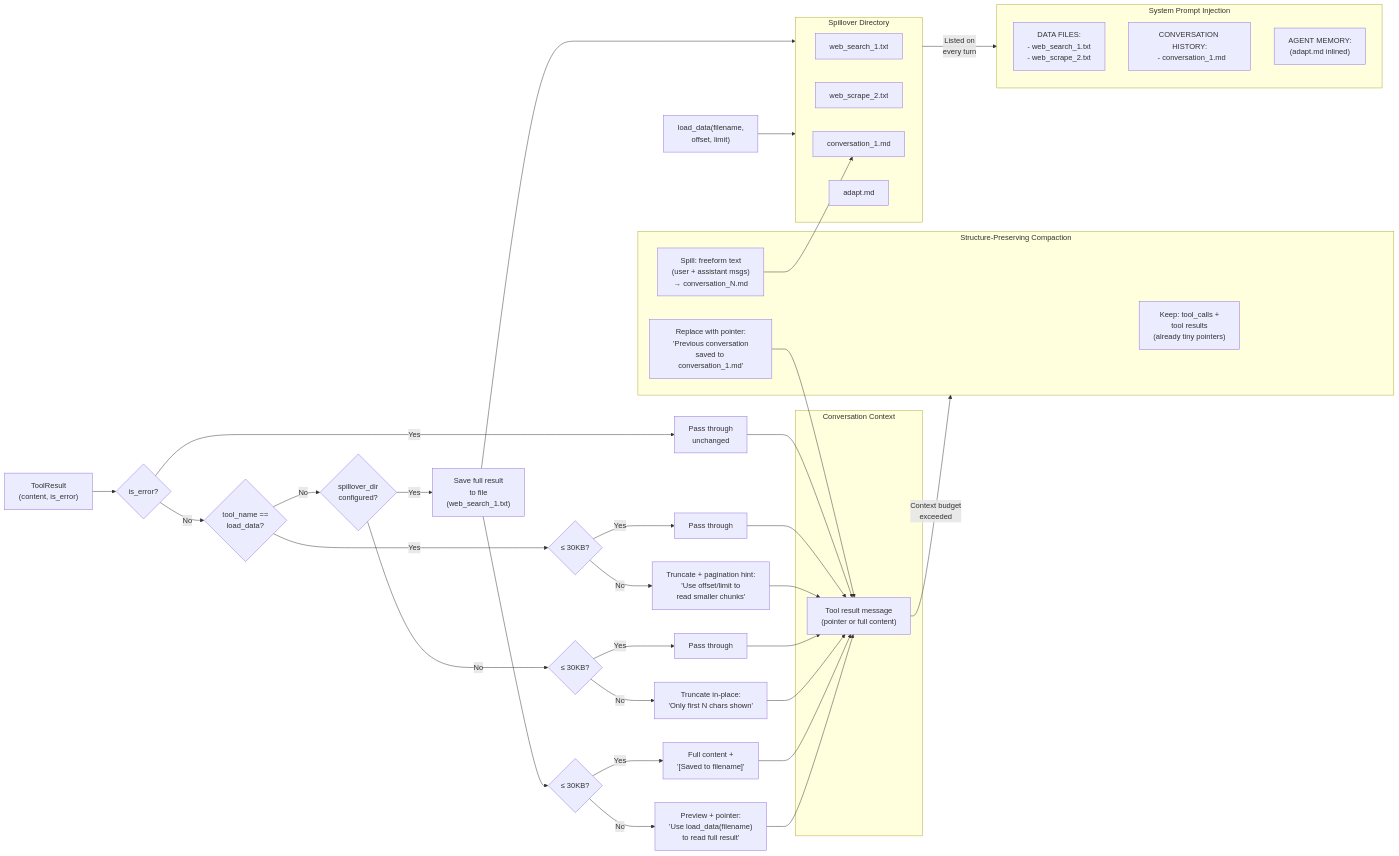
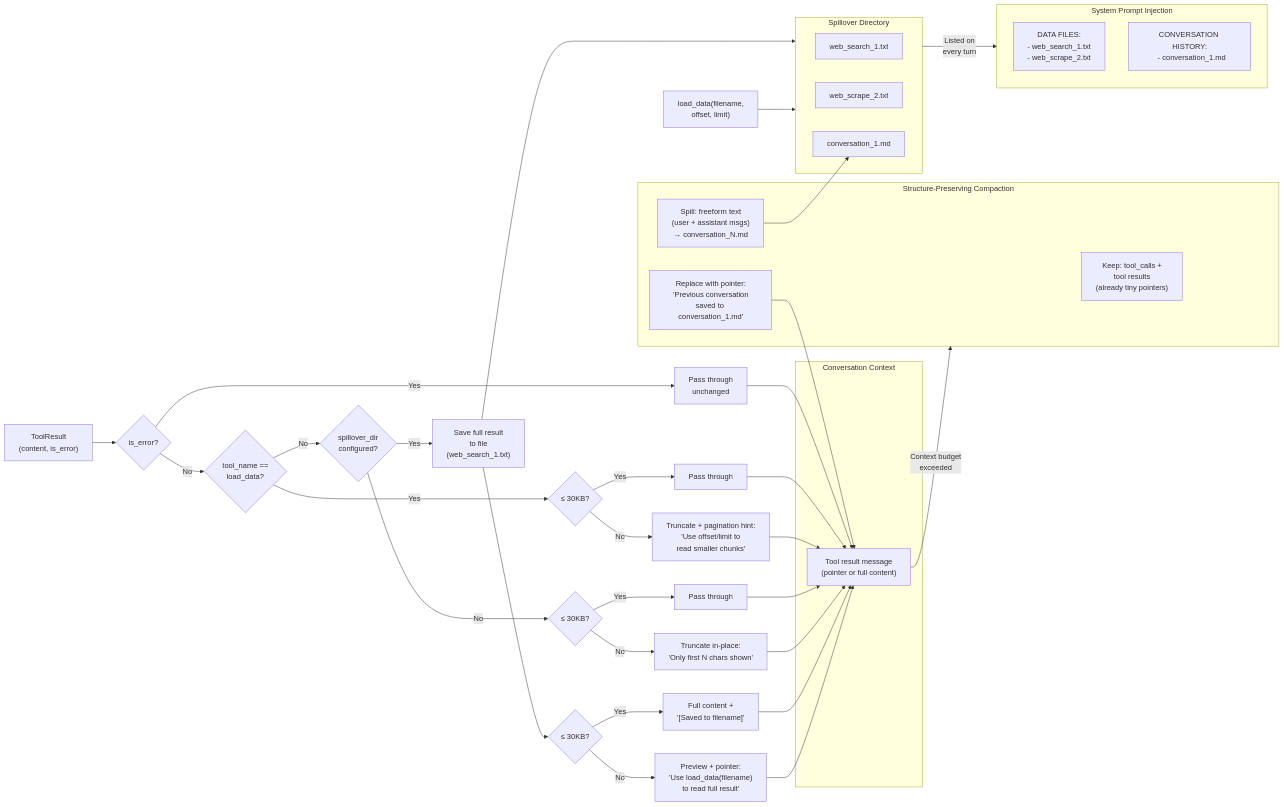
Before and after one commit to aden-hive/hive: the second of 3 diagrams in docs/architecture/README.md, drawn with Mermaid. The commit also changed other lines of this file and 8 other files, not shown here.

```diff
--- a/docs/architecture/README.md
+++ b/docs/architecture/README.md
@@ -231,7 +231,6 @@
         File1["web_search_1.txt"]
         File2["web_scrape_2.txt"]
         Conv1["conversation_1.md"]
-        Adapt["adapt.md"]
     end
 
     SaveFile --> SpilloverDir
@@ -256,7 +255,6 @@
     subgraph SysPrompt [System Prompt Injection]
         FileList["DATA FILES:<br/>  - web_search_1.txt<br/>  - web_scrape_2.txt"]
         ConvList["CONVERSATION HISTORY:<br/>  - conversation_1.md"]
-        AdaptInline["AGENT MEMORY:<br/>(adapt.md inlined)"]
     end
 
     SpilloverDir -->|"Listed on<br/>every turn"| SysPrompt
```
